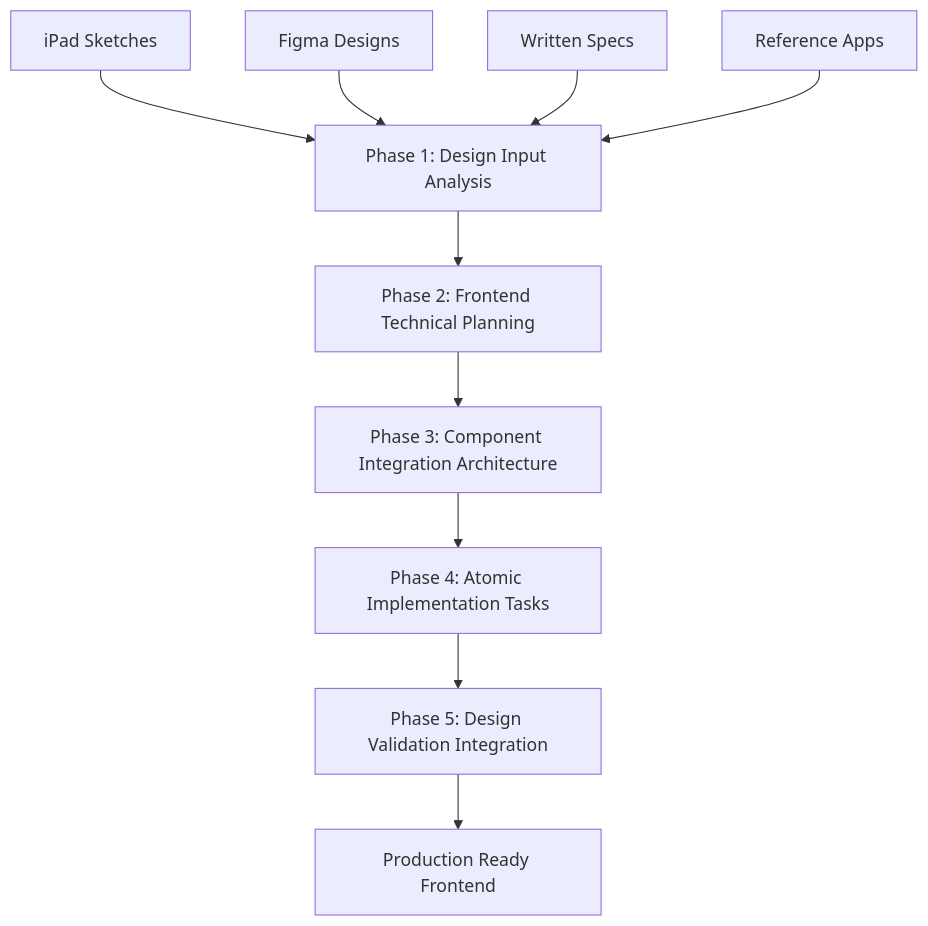
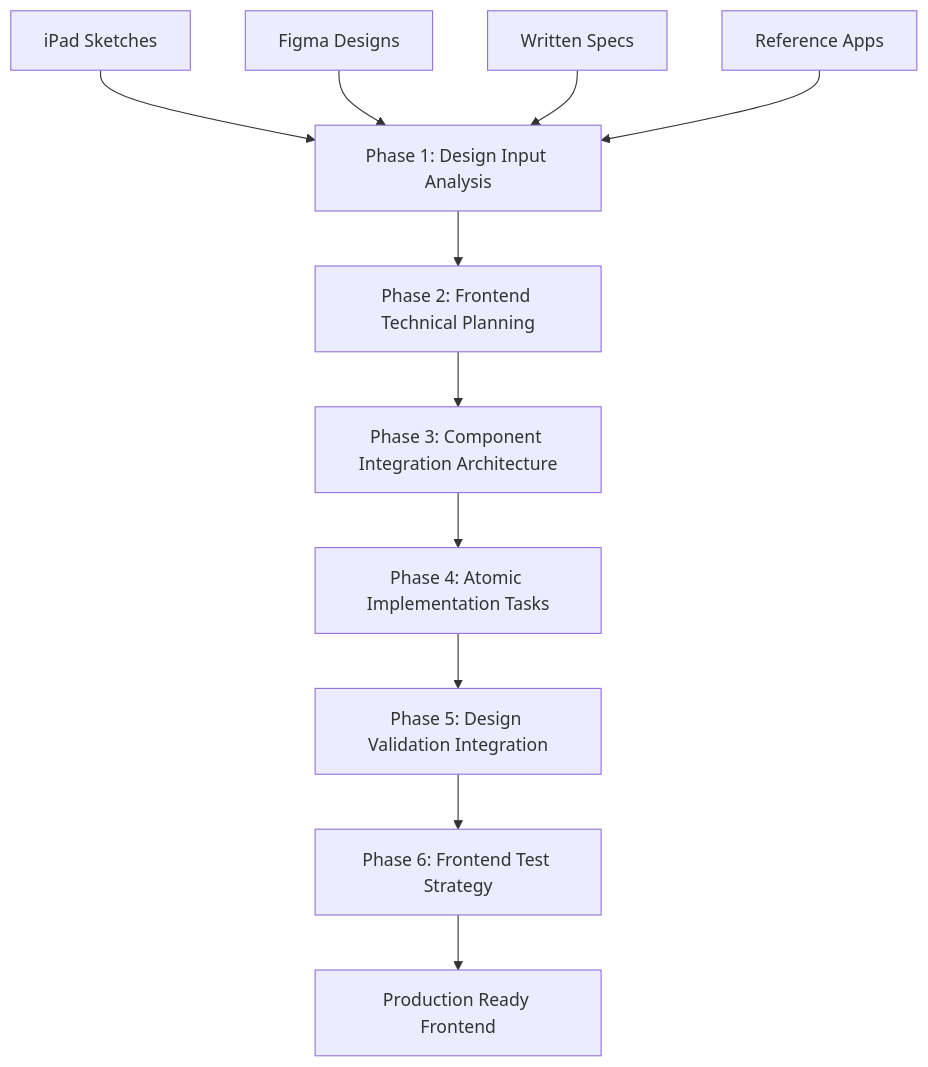
One commit to LerianStudio/ai-prompts changed the diagram in 3-frontend/README.md. Above: the diagram before and after it, drawn with Mermaid. The commit also changed other lines of this file and 12 other files, not shown here.

First line of the commit message:
feat(test-strategy): add comprehensive test strategy phase to all workflows

````diff
--- a/3-frontend/README.md
+++ b/3-frontend/README.md
@@ -48,14 +48,15 @@
 ```mermaid
 graph TD
     A[Phase 1: Design Input Analysis] --> B[Phase 2: Frontend Technical Planning]
     B --> C[Phase 3: Component Integration Architecture]
     C --> D[Phase 4: Atomic Implementation Tasks]
     D --> E[Phase 5: Design Validation Integration]
+    E --> G[Phase 6: Frontend Test Strategy]
     
     A1[iPad Sketches] --> A
     A2[Figma Designs] --> A
     A3[Written Specs] --> A
     A4[Reference Apps] --> A
     
-    E --> F[Production Ready Frontend]
+    G --> F[Production Ready Frontend]
 ```
````
